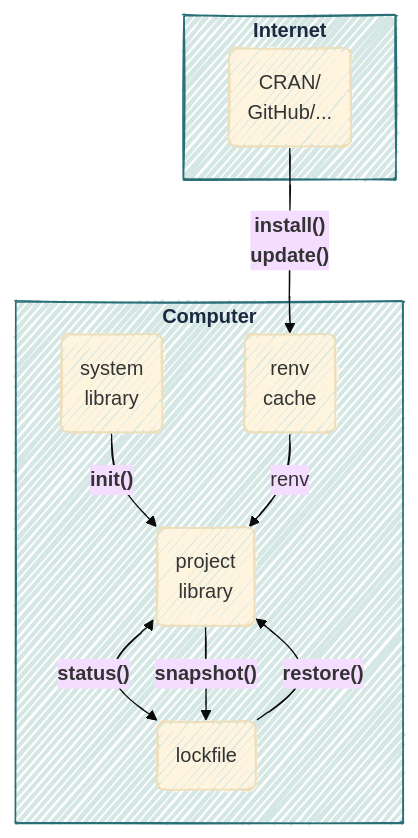
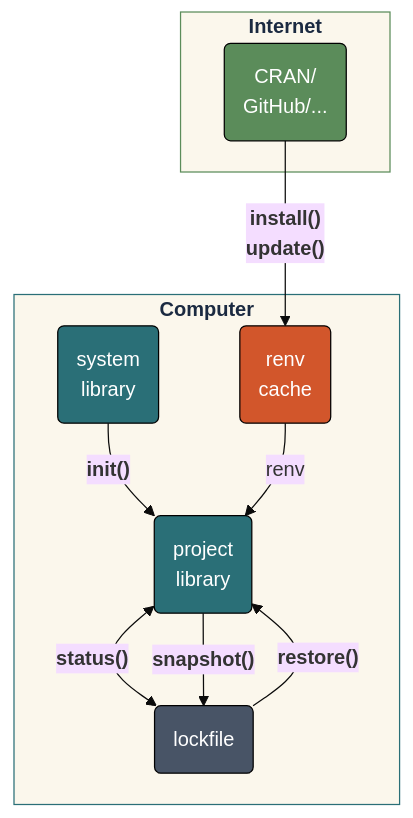
One commit to mjfrigaard/do4ds-labs changed the first of 2 diagrams in lab01.qmd. Above: the diagram before and after it, drawn with Mermaid. The commit also changed other lines of this file and 48 other files, not shown here.

````diff
--- a/lab01.qmd
+++ b/lab01.qmd
@@ -161,44 +161,49 @@
 ```{mermaid}
 %%| fig-cap: 'renv'
-%%| fig-align: center
-%%{init: {'theme': 'base', 'look': 'handDrawn', 'themeVariables': {'fontFamily': 'monospace'}}}%%
+%%| fig-align: 'center'
+%%{init: {'theme': 'base', 'themeVariables': {'fontFamily': 'monospace'}}}%%
 
 flowchart TD
     %% External sources
     CRAN("CRAN/<br>GitHub/...")
     
     %% Local components
     SysLib("system<br>library")
     ProjLib("project<br>library")
     RenvCache("renv<br>cache")
     Lockfile("lockfile")
     
     %% Subgraph for "your computer" vs "the internet"
     subgraph Internet ["<strong>Internet</strong>"]
         CRAN
     end
     
     subgraph Computer ["<strong>Computer</strong>"]
         SysLib
         ProjLib
         RenvCache
         Lockfile
     end
     
     %% Connections with function labels
     SysLib -->|"<strong>init()<strong>"| ProjLib
     
     CRAN -->|"<strong>install()</strong><br><strong>update()</strong>"| RenvCache
     RenvCache -->|"renv"| ProjLib
     
     ProjLib <-->|"<strong>status()</strong>"| Lockfile
     ProjLib -->|"<strong>snapshot()</strong>"| Lockfile
     Lockfile -->|"<strong>restore()</strong>"| ProjLib
     
     %% styling
     %% classDef default fill:#F2E6C2,stroke:#2A6F77,color:#1B2A41
-    style Internet fill:#d4e7e4,stroke:#2A6F77,color:#1B2A41
-    style Computer fill:#d4e7e4,stroke:#2A6F77,color:#1B2A41
+    style CRAN fill:#5B8C5A,stroke:#000000,stroke-width:1px,color:#ffffff
+    style SysLib fill:#2A6F77,stroke:#000000,stroke-width:1px,color:#ffffff
+    style RenvCache fill:#D2562B,stroke:#000000,stroke-width:1px,color:#ffffff
+    style ProjLib fill:#2A6F77,stroke:#000000,stroke-width:1px,color:#ffffff
+    style Lockfile fill:#485466,stroke:#000000,stroke-width:1px,color:#ffffff
+    style Internet fill:#fbf7ec,stroke:#5B8C5A,color:#1B2A41
+    style Computer fill:#fbf7ec,stroke:#2A6F77,color:#1B2A41
     
     
 ```
````
